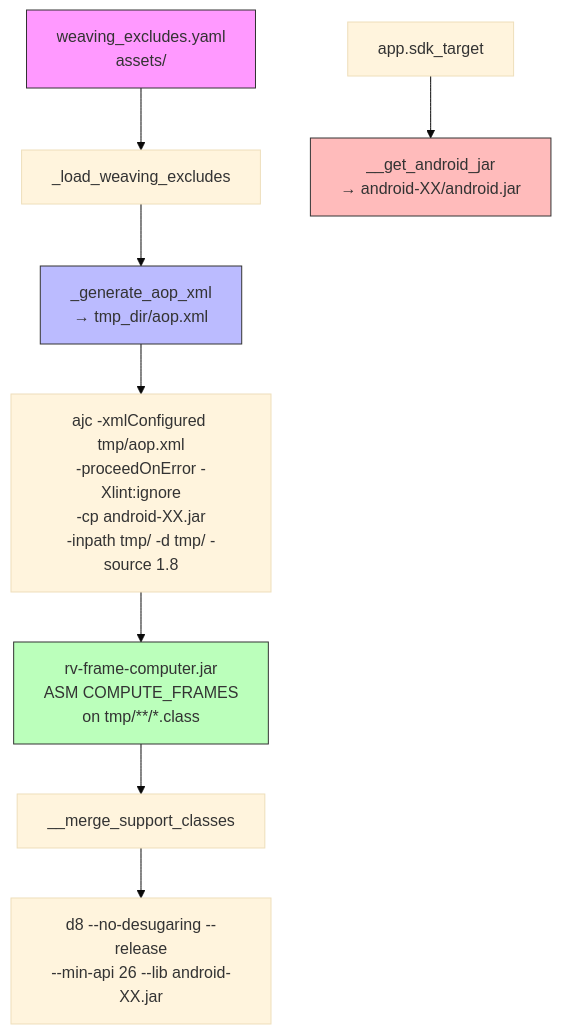
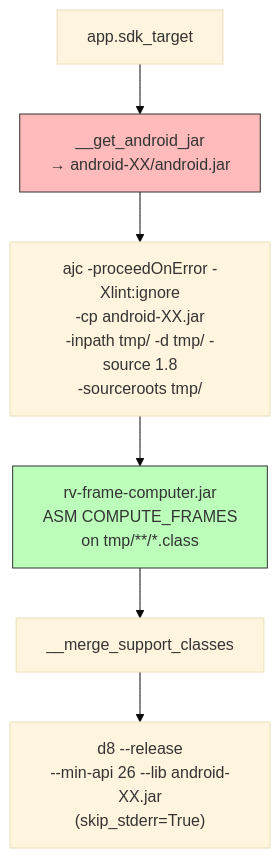
One commit to PAMunb/rvsec changed the diagram in rv-android/openspec/changes/gh50-improve-instrumentation/design.md. Above: the diagram before and after it, drawn with Mermaid (base theme). The commit also changed other lines of this file and 9 other files, not shown here.

First line of the commit message:
fix(gh50): revert -xmlConfigured and --no-desugaring after runtime regression

````diff
--- a/rv-android/openspec/changes/gh50-improve-instrumentation/design.md
+++ b/rv-android/openspec/changes/gh50-improve-instrumentation/design.md
@@ -9,15 +11,11 @@
 ```mermaid
 flowchart TD
-    YAML[weaving_excludes.yaml<br/>assets/] --> LOAD[_load_weaving_excludes]
-    LOAD --> GEN[_generate_aop_xml<br/>→ tmp_dir/aop.xml]
     SDK[app.sdk_target] --> JAR[__get_android_jar<br/>→ android-XX/android.jar]
-    GEN --> AJC["ajc -xmlConfigured tmp/aop.xml<br/>-proceedOnError -Xlint:ignore<br/>-cp android-XX.jar<br/>-inpath tmp/ -d tmp/ -source 1.8"]
+    JAR --> AJC["ajc -proceedOnError -Xlint:ignore<br/>-cp android-XX.jar<br/>-inpath tmp/ -d tmp/ -source 1.8<br/>-sourceroots tmp/"]
     AJC --> FRAMES["rv-frame-computer.jar<br/>ASM COMPUTE_FRAMES<br/>on tmp/**/*.class"]
     FRAMES --> MERGE[__merge_support_classes]
-    MERGE --> D8["d8 --no-desugaring --release<br/>--min-api 26 --lib android-XX.jar"]
+    MERGE --> D8["d8 --release<br/>--min-api 26 --lib android-XX.jar<br/>(skip_stderr=True)"]
 
-    style YAML fill:#f9f,stroke:#333
-    style GEN fill:#bbf,stroke:#333
     style FRAMES fill:#bfb,stroke:#333
     style JAR fill:#fbb,stroke:#333
 ```
````
